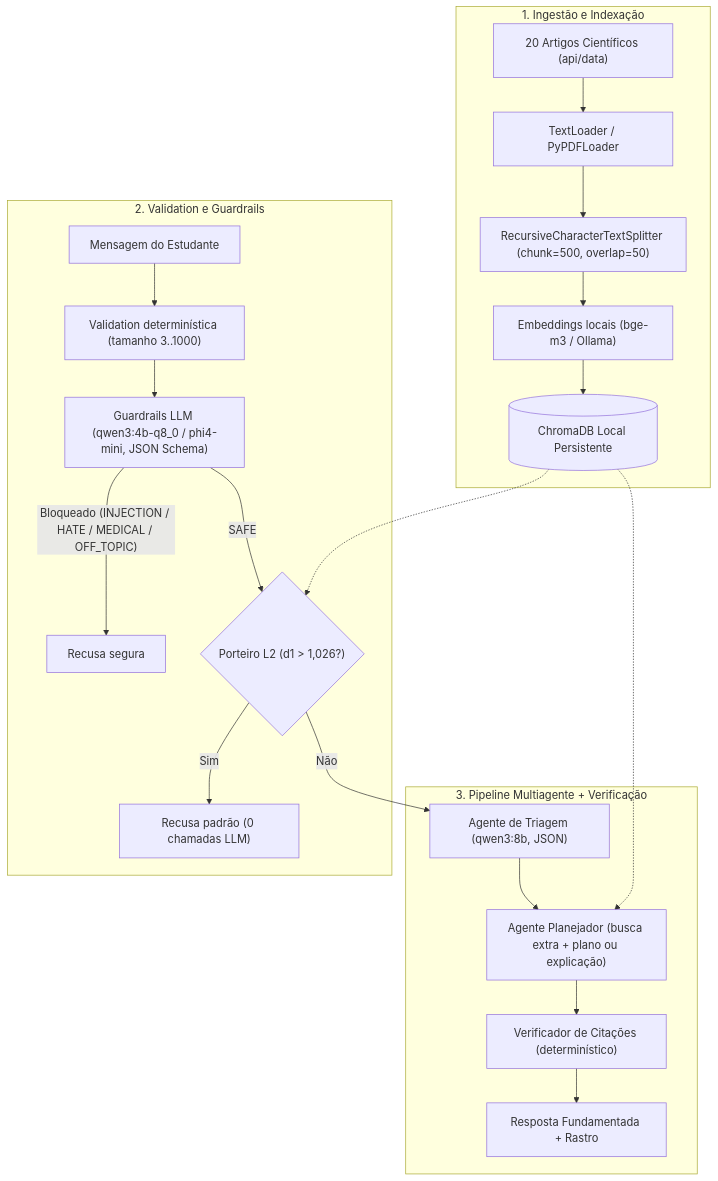
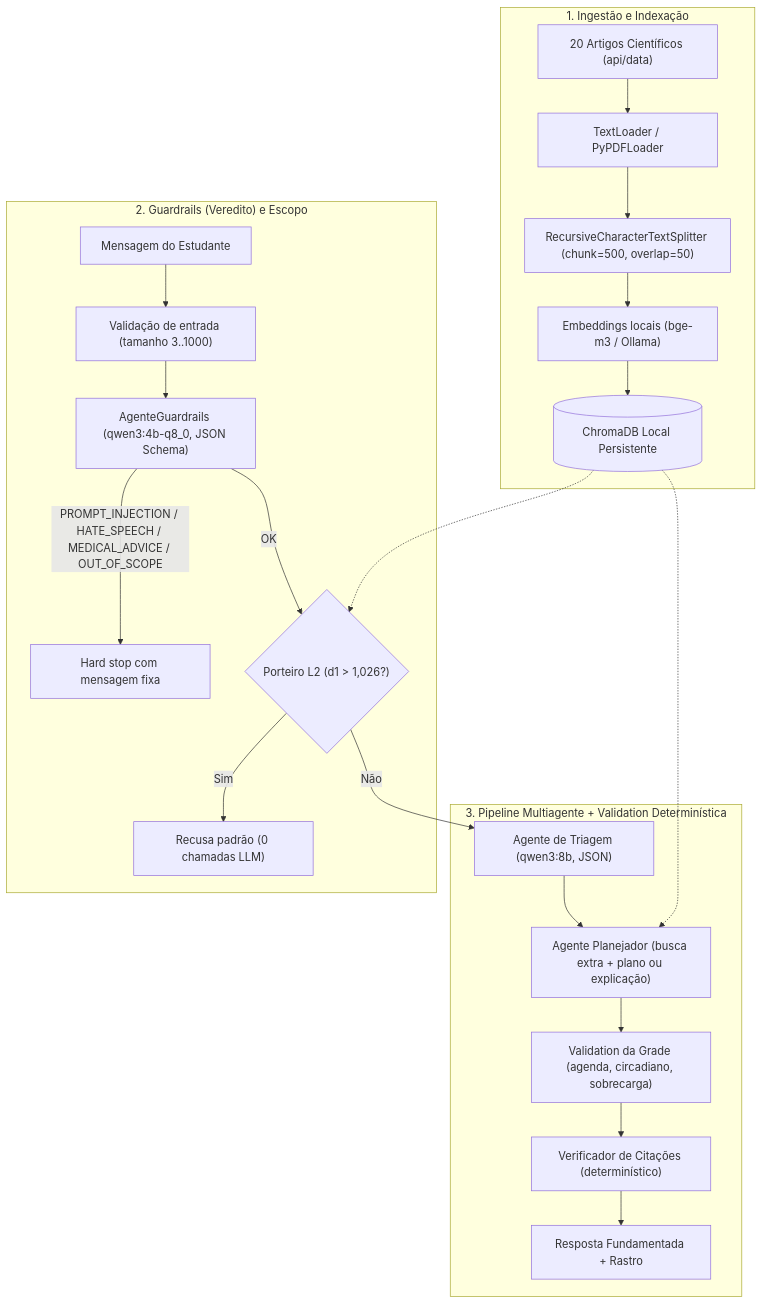
Before and after one commit to Residencia-em-IA-Challenge-2-Grupo-12/studybuddy: the diagram in README.md, drawn with Mermaid. The commit also changed other lines of this file and 20 other files, not shown here.

````diff
--- a/README.md
+++ b/README.md
@@ -24,26 +24,27 @@
 ```mermaid
 flowchart TD
     subgraph Ingestao ["1. Ingestão e Indexação"]
         A["20 Artigos Científicos (api/data)"] --> B["TextLoader / PyPDFLoader"]
         B --> C["RecursiveCharacterTextSplitter (chunk=500, overlap=50)"]
         C --> D["Embeddings locais (bge-m3 / Ollama)"]
         D --> E[("ChromaDB Local Persistente")]
     end
 
-    subgraph Seguranca ["2. Validation e Guardrails"]
-        F["Mensagem do Estudante"] --> V["Validation determinística (tamanho 3..1000)"]
-        V --> G["Guardrails LLM (qwen3:4b-q8_0 / phi4-mini, JSON Schema)"]
-        G -- "Bloqueado (INJECTION / HATE / MEDICAL / OFF_TOPIC)" --> B1["Recusa segura"]
-        G -- "SAFE" --> P{"Porteiro L2 (d1 > 1,026?)"}
+    subgraph Seguranca ["2. Guardrails (Veredito) e Escopo"]
+        F["Mensagem do Estudante"] --> V["Validação de entrada (tamanho 3..1000)"]
+        V --> G["AgenteGuardrails (qwen3:4b-q8_0, JSON Schema)"]
+        G -- "PROMPT_INJECTION / HATE_SPEECH / MEDICAL_ADVICE / OUT_OF_SCOPE" --> B1["Hard stop com mensagem fixa"]
+        G -- "OK" --> P{"Porteiro L2 (d1 > 1,026?)"}
         P -- "Sim" --> B2["Recusa padrão (0 chamadas LLM)"]
     end
 
-    subgraph Orquestracao ["3. Pipeline Multiagente + Verificação"]
+    subgraph Orquestracao ["3. Pipeline Multiagente + Validation Determinística"]
         P -- "Não" --> T["Agente de Triagem (qwen3:8b, JSON)"]
         T --> PL["Agente Planejador (busca extra + plano ou explicação)"]
         E -.-> P
         E -.-> PL
-        PL --> VC["Verificador de Citações (determinístico)"]
+        PL --> VD["Validation da Grade (agenda, circadiano, sobrecarga)"]
+        VD --> VC["Verificador de Citações (determinístico)"]
         VC --> R["Resposta Fundamentada + Rastro"]
     end
 ```
````
